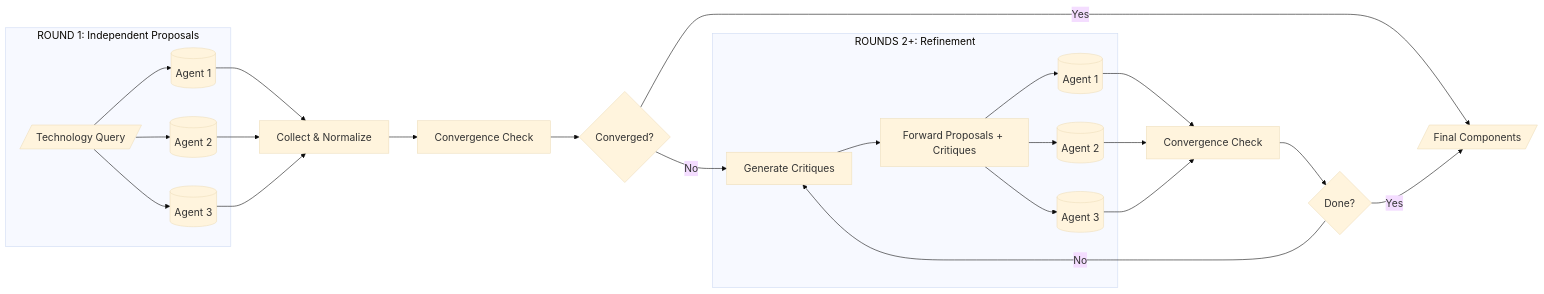
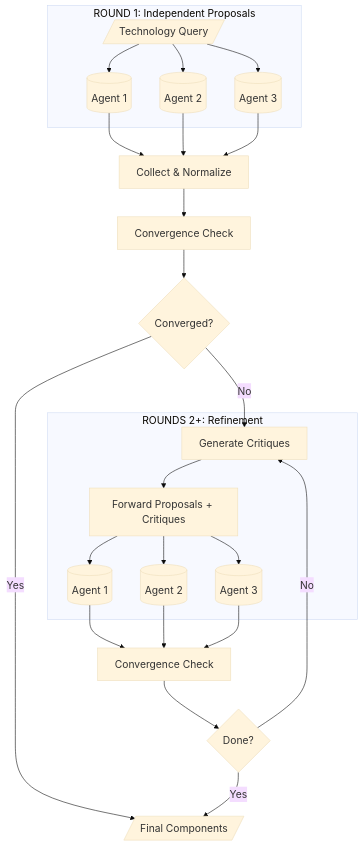
Before and after one commit to dads2busy/dpi_stdn_agentic: the diagram in docs/DEBATE_SYSTEM.md, drawn with Mermaid.

Commit message:
docs: change Mermaid diagram to vertical alignment

````diff
--- a/docs/DEBATE_SYSTEM.md
+++ b/docs/DEBATE_SYSTEM.md
@@ -403,36 +403,36 @@
 ```mermaid
 %%{init: {'theme': 'base', 'themeVariables': {'fontSize': '18px'}}}%%
-flowchart LR
+flowchart TB
     subgraph Round1["ROUND 1: Independent Proposals"]
         Tech[/"Technology Query"/]
         A1[("Agent 1")]
         A2[("Agent 2")]
         A3[("Agent 3")]
         Tech --> A1
         Tech --> A2
         Tech --> A3
     end
     
     A1 --> Collect["Collect & Normalize"]
     A2 --> Collect
     A3 --> Collect
     Collect --> Calc["Convergence Check"]
     
     Calc --> Check{"Converged?"}
     Check -->|"Yes"| Output[/"Final Components"/]
     Check -->|"No"| Critique["Generate Critiques"]
     
     subgraph Loop["ROUNDS 2+: Refinement"]
         Critique --> Forward["Forward Proposals + Critiques"]
         Forward --> R1[("Agent 1")]
         Forward --> R2[("Agent 2")]
         Forward --> R3[("Agent 3")]
     end
     
     R1 --> Calc2["Convergence Check"]
     R2 --> Calc2
     R3 --> Calc2
     Calc2 --> Check2{"Done?"}
     Check2 -->|"No"| Critique
     Check2 -->|"Yes"| Output
 ```
````
